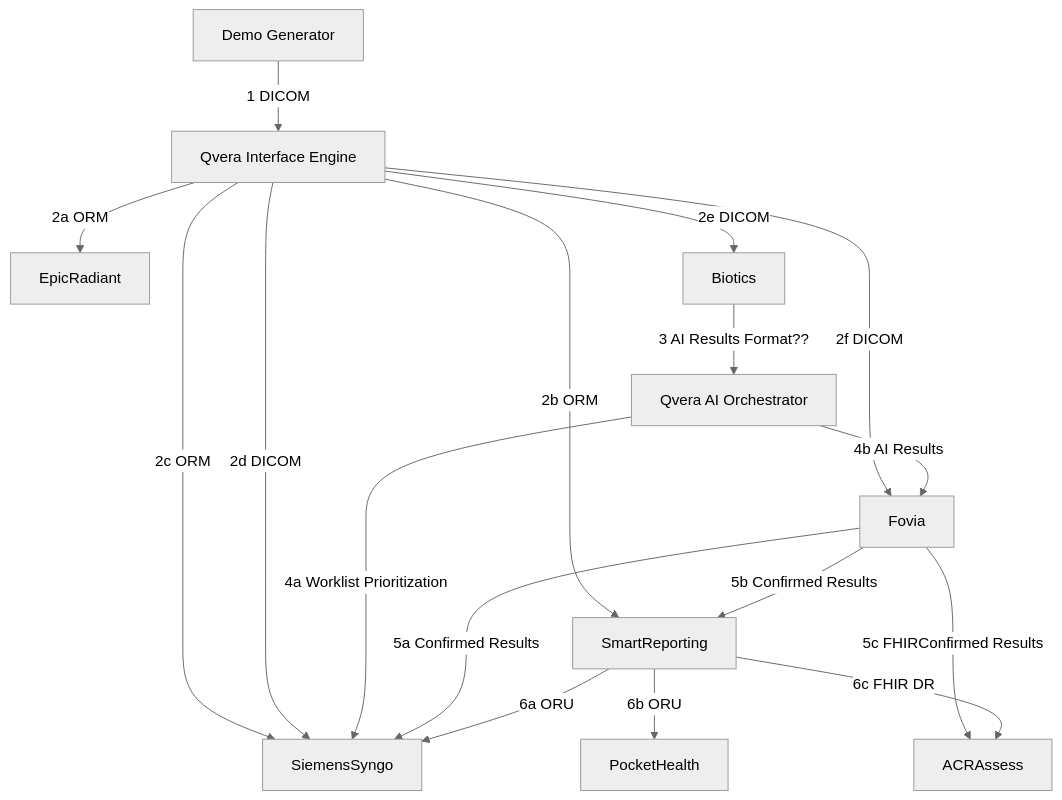
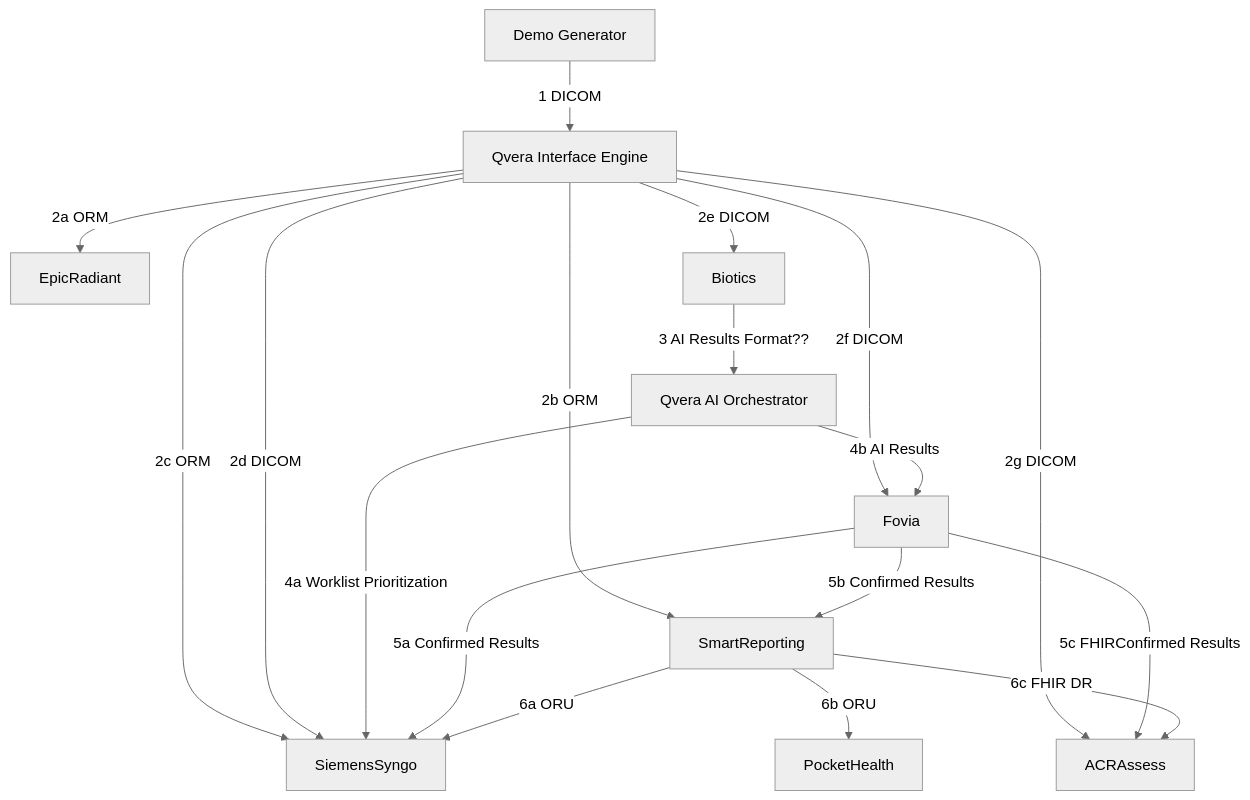
One commit to mohannadhussain/rsna-2024-rr-demo changed the diagram in curie/diagram-ob-us.md. Above: the diagram before and after it, drawn with Mermaid (neutral theme).

````diff
--- a/curie/diagram-ob-us.md
+++ b/curie/diagram-ob-us.md
@@ -4,24 +4,25 @@
 ```mermaid
 flowchart TD
     Generator[Demo Generator] --> |1 DICOM| QveraIE[Qvera Interface Engine]
 
     QveraIE --> |2a ORM| EpicRadiant
     QveraIE --> |2b ORM| SmartReporting
     QveraIE --> |2c ORM| SiemensSyngo
     QveraIE --> |2d DICOM| SiemensSyngo
     QveraIE --> |2e DICOM| Biotics
     QveraIE --> |2f DICOM| Fovia
+    QveraIE --> |2g DICOM| ACRAssess
     
     Biotics --> |3 AI Results Format??| QveraAIO[Qvera AI Orchestrator]
 
     QveraAIO --> |4a Worklist Prioritization| SiemensSyngo
     QveraAIO --> |4b AI Results| Fovia
 
     Fovia --> |5a Confirmed Results| SiemensSyngo
     Fovia --> |5b Confirmed Results| SmartReporting
     Fovia --> |5c FHIRConfirmed Results| ACRAssess
 
     SmartReporting --> |6a ORU| SiemensSyngo
     SmartReporting --> |6b ORU| PocketHealth
     SmartReporting --> |6c FHIR DR| ACRAssess
 ```
````
